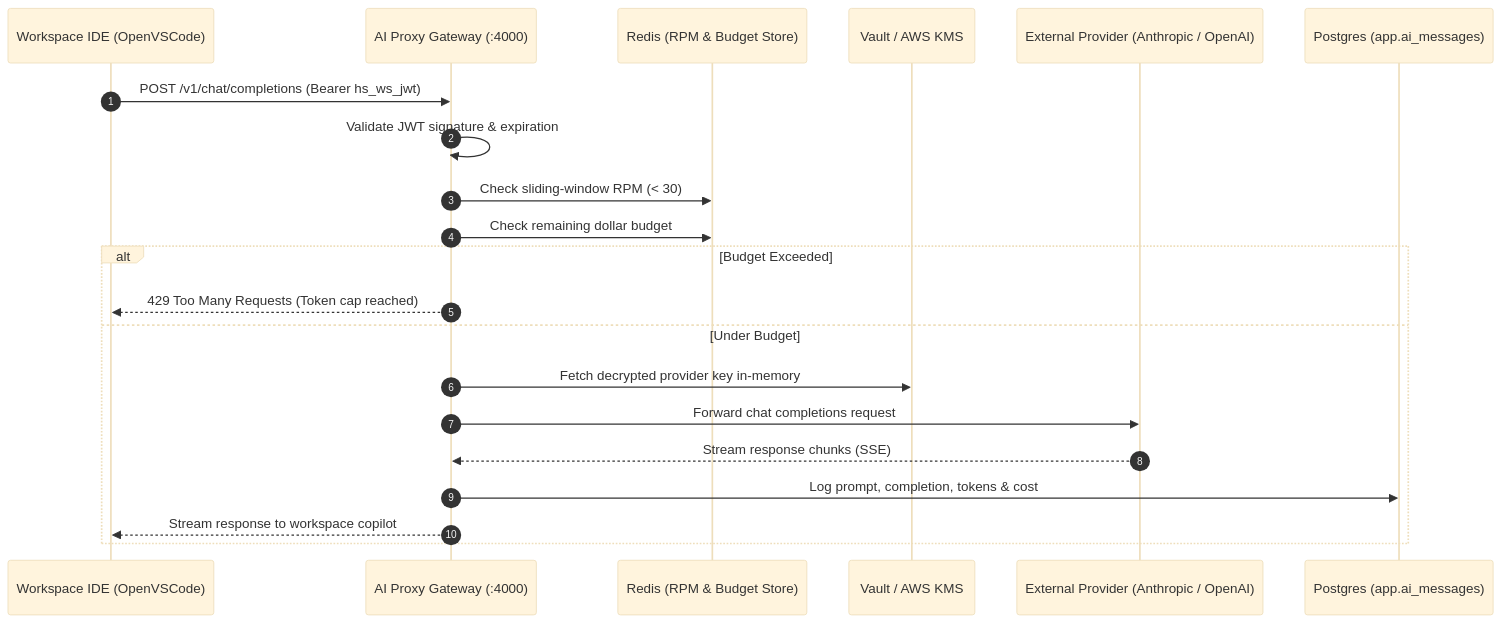
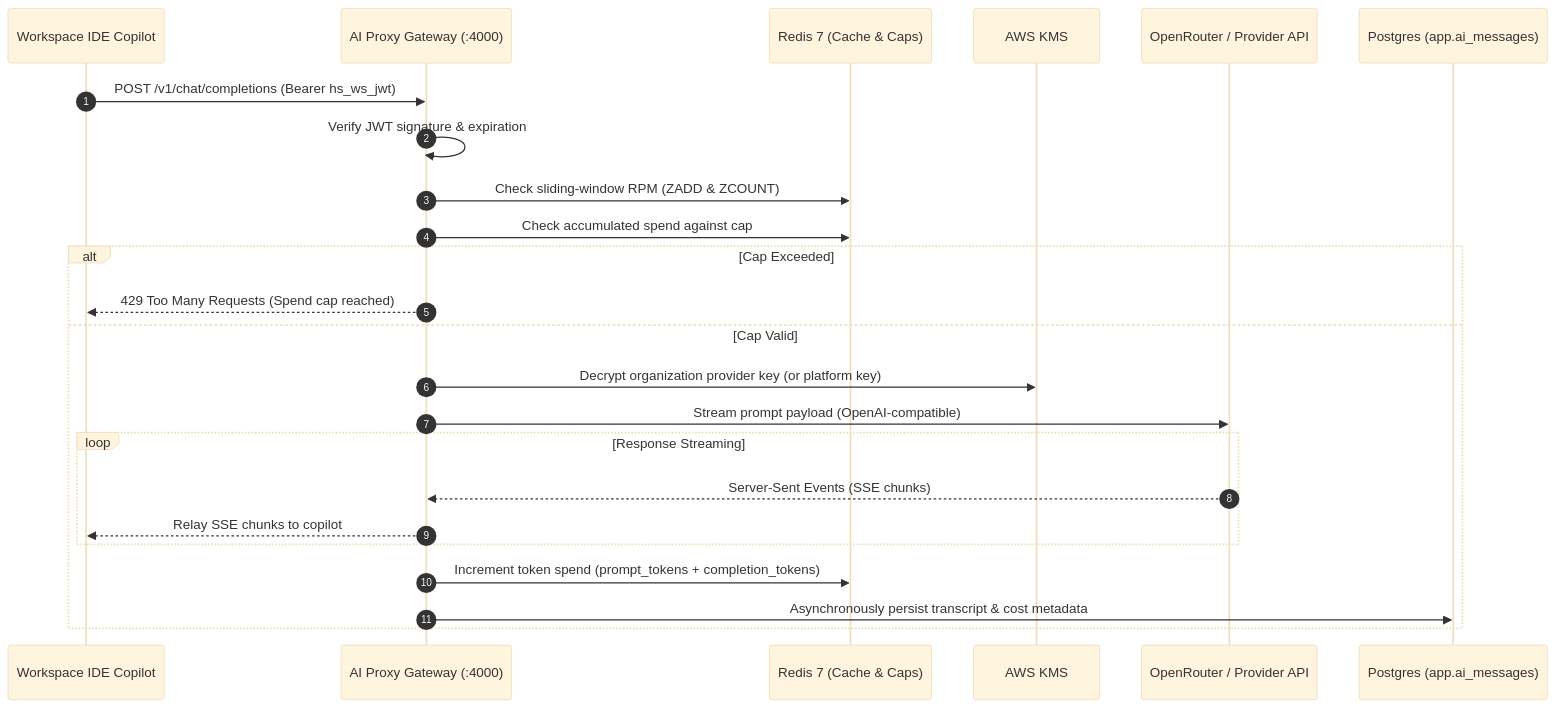
Before and after one commit to infinitica-dev/docs-hellosmart: the third of 3 diagrams in content/docs/architecture/ai-proxy-gateway.mdx, drawn with Mermaid (base theme). The commit also changed other lines of this file and 16 other files, not shown here.

Commit message:
feat(docs): collaborative knowledge base governance, release history v0.3.0 and sprint 2 architecture

````diff
--- a/content/docs/architecture/ai-proxy-gateway.mdx
+++ b/content/docs/architecture/ai-proxy-gateway.mdx
@@ -26,24 +92,27 @@
 ```mermaid
 sequenceDiagram
     autonumber
-    participant WS as Workspace IDE (OpenVSCode)
+    participant WS as Workspace IDE Copilot
     participant AP as AI Proxy Gateway (:4000)
-    participant RD as Redis (RPM & Budget Store)
-    participant VT as Vault / AWS KMS
-    participant LLM as External Provider (Anthropic / OpenAI)
+    participant RD as Redis 7 (Cache & Caps)
+    participant KMS as AWS KMS
+    participant OR as OpenRouter / Provider API
     participant DB as Postgres (app.ai_messages)
 
     WS->>AP: POST /v1/chat/completions (Bearer hs_ws_jwt)
-    AP->>AP: Validate JWT signature & expiration
-    AP->>RD: Check sliding-window RPM (< 30)
-    AP->>RD: Check remaining dollar budget
-    alt Budget Exceeded
-        AP-->>WS: 429 Too Many Requests (Token cap reached)
-    else Under Budget
-        AP->>VT: Fetch decrypted provider key in-memory
-        AP->>LLM: Forward chat completions request
-        LLM-->>AP: Stream response chunks (SSE)
-        AP->>DB: Log prompt, completion, tokens & cost
-        AP-->>WS: Stream response to workspace copilot
+    AP->>AP: Verify JWT signature & expiration
+    AP->>RD: Check sliding-window RPM (ZADD & ZCOUNT)
+    AP->>RD: Check accumulated spend against cap
+    alt Cap Exceeded
+        AP-->>WS: 429 Too Many Requests (Spend cap reached)
+    else Cap Valid
+        AP->>KMS: Decrypt organization provider key (or platform key)
+        AP->>OR: Stream prompt payload (OpenAI-compatible)
+        loop Response Streaming
+            OR-->>AP: Server-Sent Events (SSE chunks)
+            AP-->>WS: Relay SSE chunks to copilot
+        end
+        AP->>RD: Increment token spend (prompt_tokens + completion_tokens)
+        AP->>DB: Asynchronously persist transcript & cost metadata
     end
 ```
````
